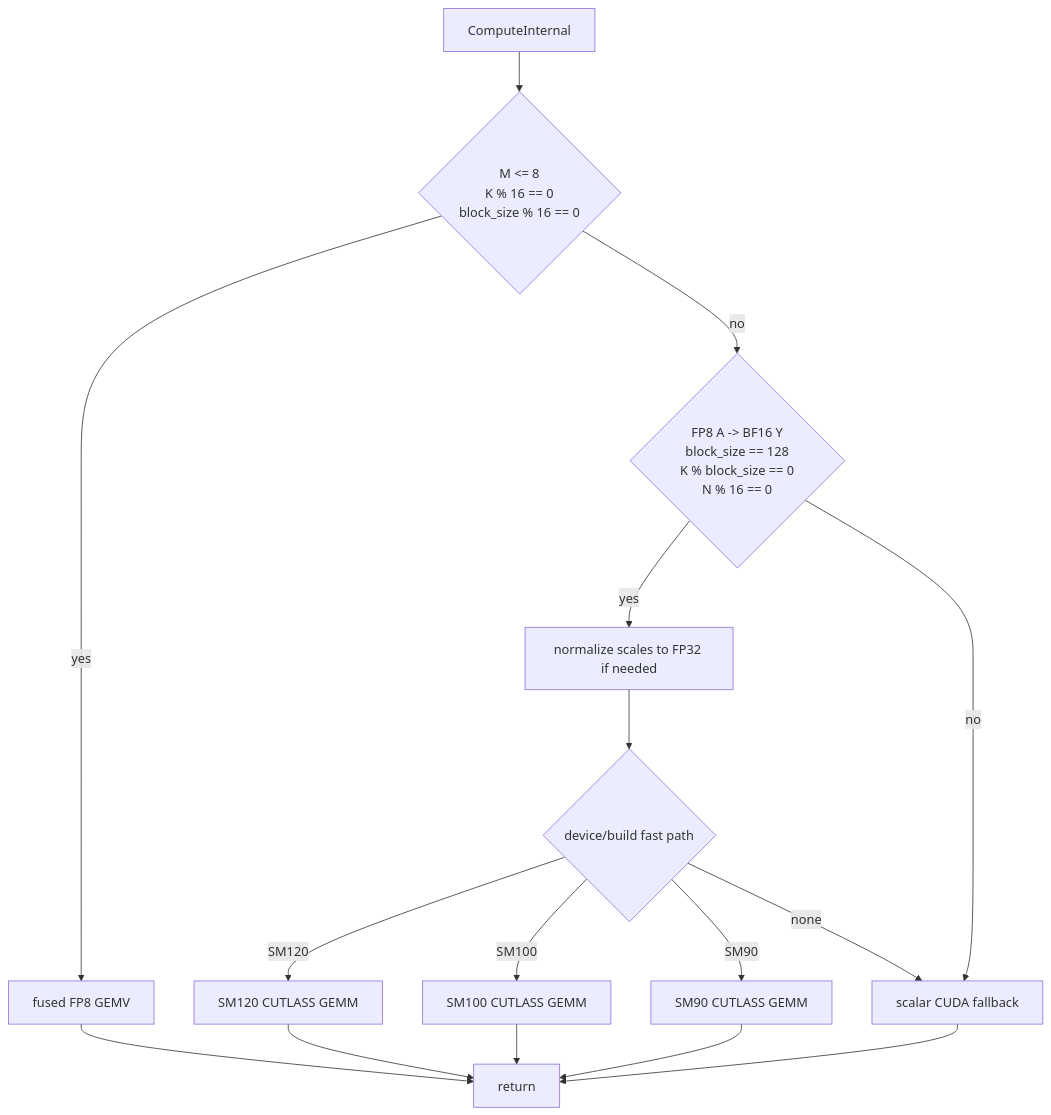
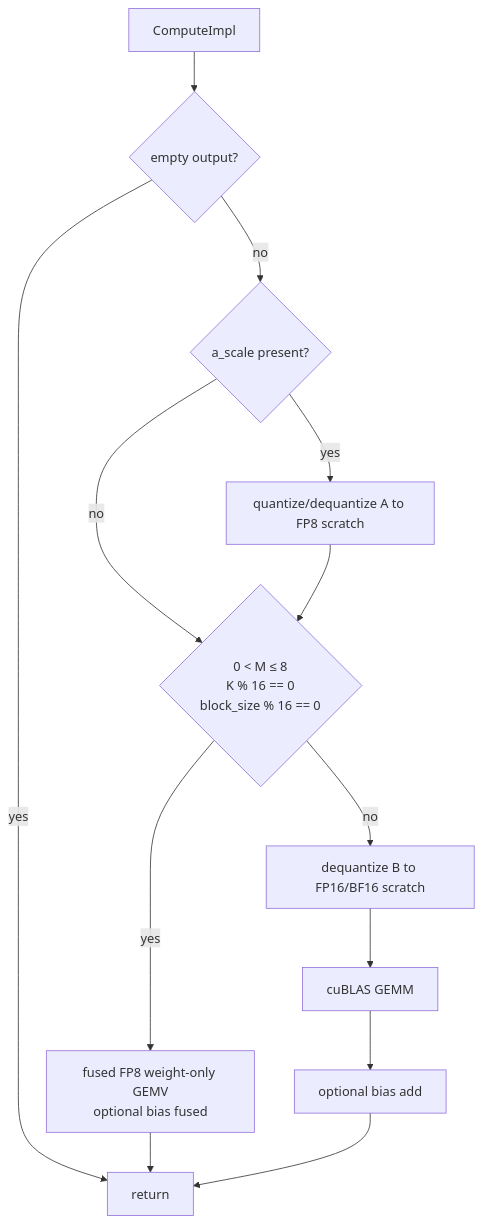
One commit to microsoft/onnxruntime changed the diagram in docs/contrib_ops/cuda/matmul_block_scaled_fp8.md. Above: the diagram before and after it, drawn with Mermaid. The commit also changed other lines of this file and 3 other files, not shown here.

````diff
--- a/docs/contrib_ops/cuda/matmul_block_scaled_fp8.md
+++ b/docs/contrib_ops/cuda/matmul_block_scaled_fp8.md
@@ -84,13 +90,12 @@
 ```mermaid
 flowchart TD
-  A[ComputeInternal] --> G{M <= 8<br/>K % 16 == 0<br/>block_size % 16 == 0}
-  G -- yes --> GEMV[fused FP8 GEMV] --> R[return]
-  G -- no --> F{FP8 A -> BF16 Y<br/>block_size == 128<br/>K % block_size == 0<br/>N % 16 == 0}
-  F -- yes --> S[normalize scales to FP32 if needed]
-  S --> SM{device/build fast path}
-  SM -- SM120 --> SM120[SM120 CUTLASS GEMM] --> R
-  SM -- SM100 --> SM100[SM100 CUTLASS GEMM] --> R
-  SM -- SM90 --> SM90[SM90 CUTLASS GEMM] --> R
-  SM -- none --> SCALAR[scalar CUDA fallback] --> R
-  F -- no --> SCALAR
+  A[ComputeImpl] --> Z{empty output?}
+  Z -- yes --> R[return]
+  Z -- no --> QDQ{a_scale present?}
+  QDQ -- yes --> Q[quantize/dequantize A to FP8 scratch]
+  QDQ -- no --> G
+  Q --> G{0 &lt; M &le; 8<br/>K % 16 == 0<br/>block_size % 16 == 0}
+  G -- yes --> GEMV[fused FP8 weight-only GEMV<br/>optional bias fused] --> R
+  G -- no --> DQ[dequantize B to FP16/BF16 scratch]
+  DQ --> CUBLAS[cuBLAS GEMM] --> BIAS[optional bias add] --> R
 ```
````
